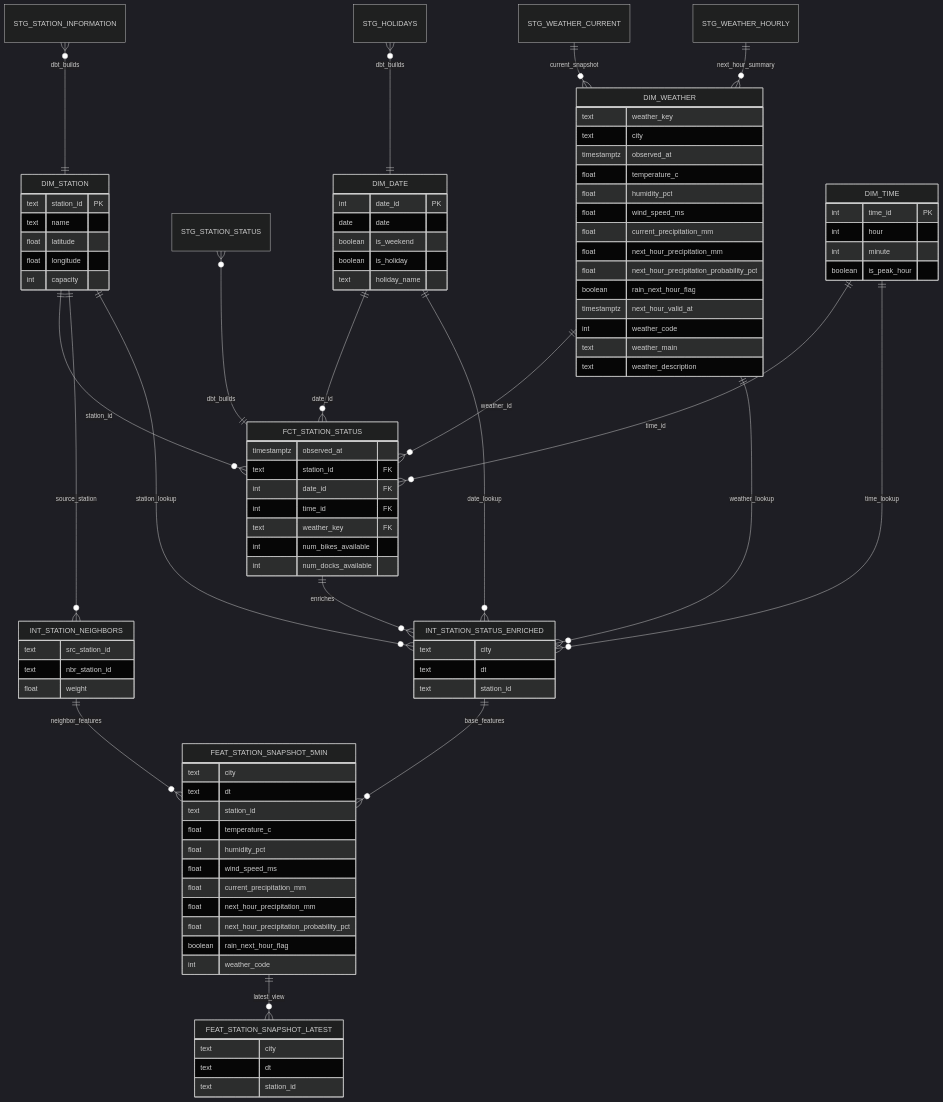
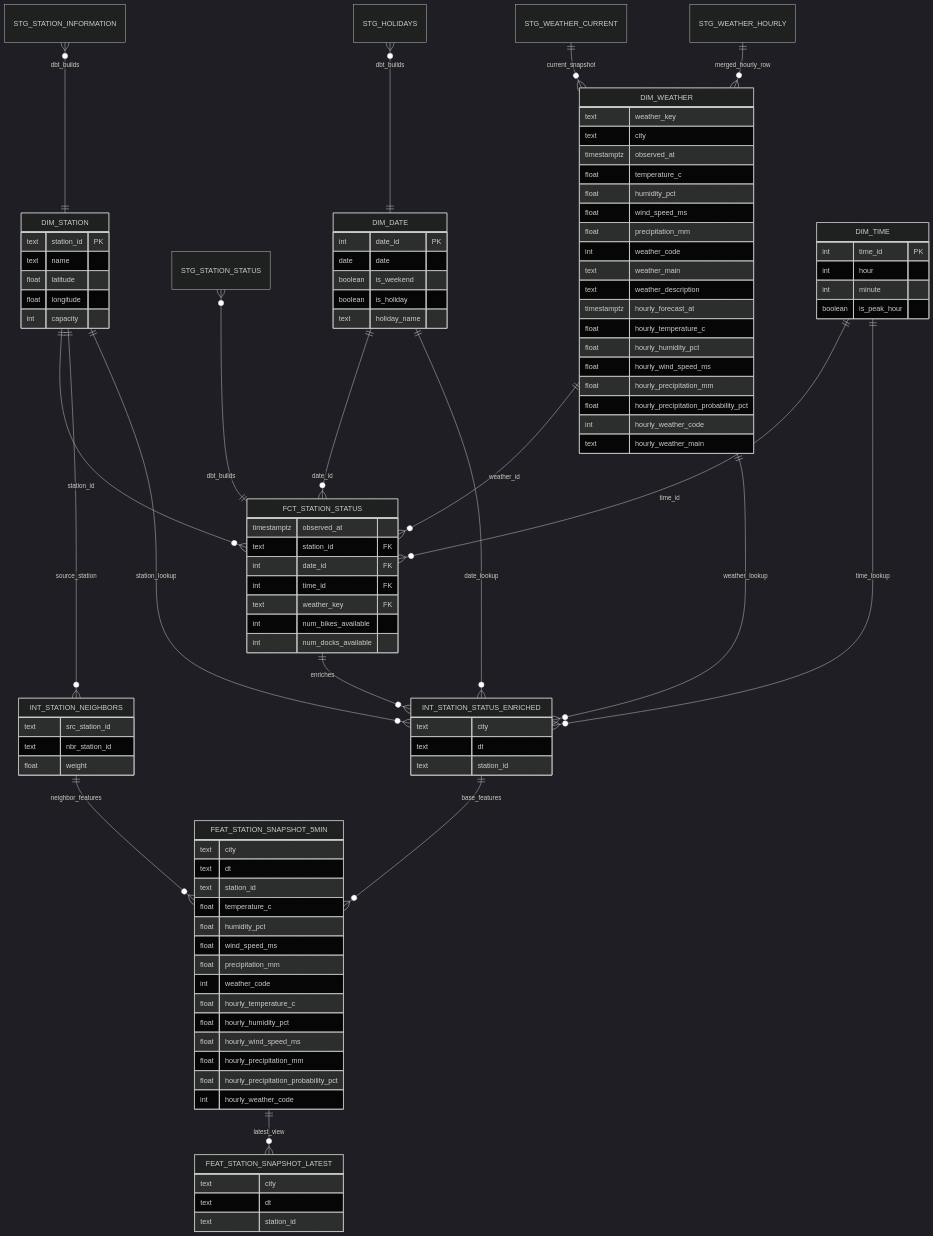
The diagram in docs/diagrams/day3_star_schema.mmd (cchoooots98/mlops-bikeshare), drawn with Mermaid (dark theme) before and after one commit. The commit also changed 11 other files, not shown here.

Commit message:
chang the generating method of dim_weather , and its final columns

```diff
--- a/docs/diagrams/day3_star_schema.mmd
+++ b/docs/diagrams/day3_star_schema.mmd
@@ -1,106 +1,113 @@
 %% Current implemented: stg_* + dim_weather + dim_date
 %% Planned next: dim_station, dim_time, fct_station_status, intermediate, features
 erDiagram
     STG_STATION_INFORMATION }o--|| DIM_STATION : dbt_builds
     STG_STATION_STATUS }o--|| FCT_STATION_STATUS : dbt_builds
     STG_HOLIDAYS }o--|| DIM_DATE : dbt_builds
     STG_WEATHER_CURRENT ||--o{ DIM_WEATHER : current_snapshot
-    STG_WEATHER_HOURLY ||--o{ DIM_WEATHER : next_hour_summary
+    STG_WEATHER_HOURLY ||--o{ DIM_WEATHER : merged_hourly_row
 
     DIM_STATION ||--o{ FCT_STATION_STATUS : station_id
     DIM_DATE ||--o{ FCT_STATION_STATUS : date_id
     DIM_TIME ||--o{ FCT_STATION_STATUS : time_id
     DIM_WEATHER ||--o{ FCT_STATION_STATUS : weather_id
 
     DIM_STATION ||--o{ INT_STATION_NEIGHBORS : source_station
     DIM_STATION ||--o{ INT_STATION_STATUS_ENRICHED : station_lookup
     DIM_DATE ||--o{ INT_STATION_STATUS_ENRICHED : date_lookup
     DIM_TIME ||--o{ INT_STATION_STATUS_ENRICHED : time_lookup
     DIM_WEATHER ||--o{ INT_STATION_STATUS_ENRICHED : weather_lookup
     FCT_STATION_STATUS ||--o{ INT_STATION_STATUS_ENRICHED : enriches
 
     INT_STATION_NEIGHBORS ||--o{ FEAT_STATION_SNAPSHOT_5MIN : neighbor_features
     INT_STATION_STATUS_ENRICHED ||--o{ FEAT_STATION_SNAPSHOT_5MIN : base_features
     FEAT_STATION_SNAPSHOT_5MIN ||--o{ FEAT_STATION_SNAPSHOT_LATEST : latest_view
 
     DIM_STATION {
         text station_id PK
         text name
         float latitude
         float longitude
         int capacity
     }
 
     DIM_DATE {
         int date_id PK
         date date
         boolean is_weekend
         boolean is_holiday
         text holiday_name
     }
 
     DIM_TIME {
         int time_id PK
         int hour
         int minute
         boolean is_peak_hour
     }
 
     DIM_WEATHER {
         text weather_key
         text city
         timestamptz observed_at
         float temperature_c
         float humidity_pct
         float wind_speed_ms
-        float current_precipitation_mm
-        float next_hour_precipitation_mm
-        float next_hour_precipitation_probability_pct
-        boolean rain_next_hour_flag
-        timestamptz next_hour_valid_at
+        float precipitation_mm
         int weather_code
         text weather_main
         text weather_description
+        timestamptz hourly_forecast_at
+        float hourly_temperature_c
+        float hourly_humidity_pct
+        float hourly_wind_speed_ms
+        float hourly_precipitation_mm
+        float hourly_precipitation_probability_pct
+        int hourly_weather_code
+        text hourly_weather_main
     }
 
     FCT_STATION_STATUS {
         timestamptz observed_at
         text station_id FK
         int date_id FK
         int time_id FK
         text weather_key FK
         int num_bikes_available
         int num_docks_available
     }
 
     INT_STATION_NEIGHBORS {
         text src_station_id
         text nbr_station_id
         float weight
     }
 
     INT_STATION_STATUS_ENRICHED {
         text city
         text dt
         text station_id
     }
 
     FEAT_STATION_SNAPSHOT_5MIN {
         text city
         text dt
         text station_id
         float temperature_c
         float humidity_pct
         float wind_speed_ms
-        float current_precipitation_mm
-        float next_hour_precipitation_mm
-        float next_hour_precipitation_probability_pct
-        boolean rain_next_hour_flag
+        float precipitation_mm
         int weather_code
+        float hourly_temperature_c
+        float hourly_humidity_pct
+        float hourly_wind_speed_ms
+        float hourly_precipitation_mm
+        float hourly_precipitation_probability_pct
+        int hourly_weather_code
     }
 
     FEAT_STATION_SNAPSHOT_LATEST {
         text city
         text dt
         text station_id
     }
```
